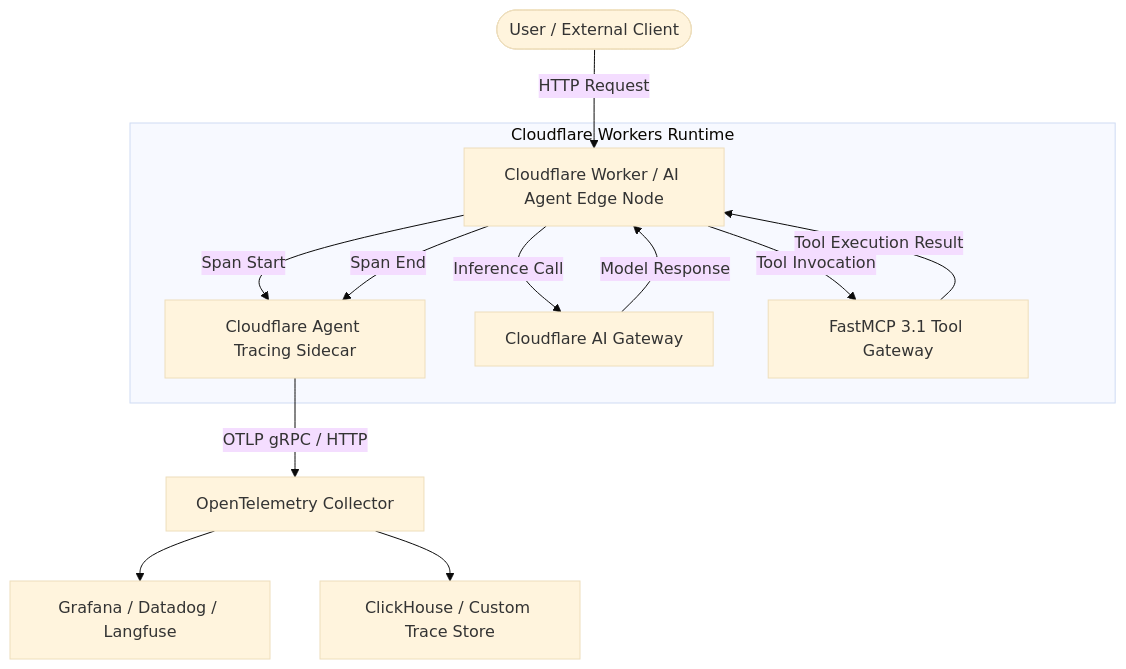
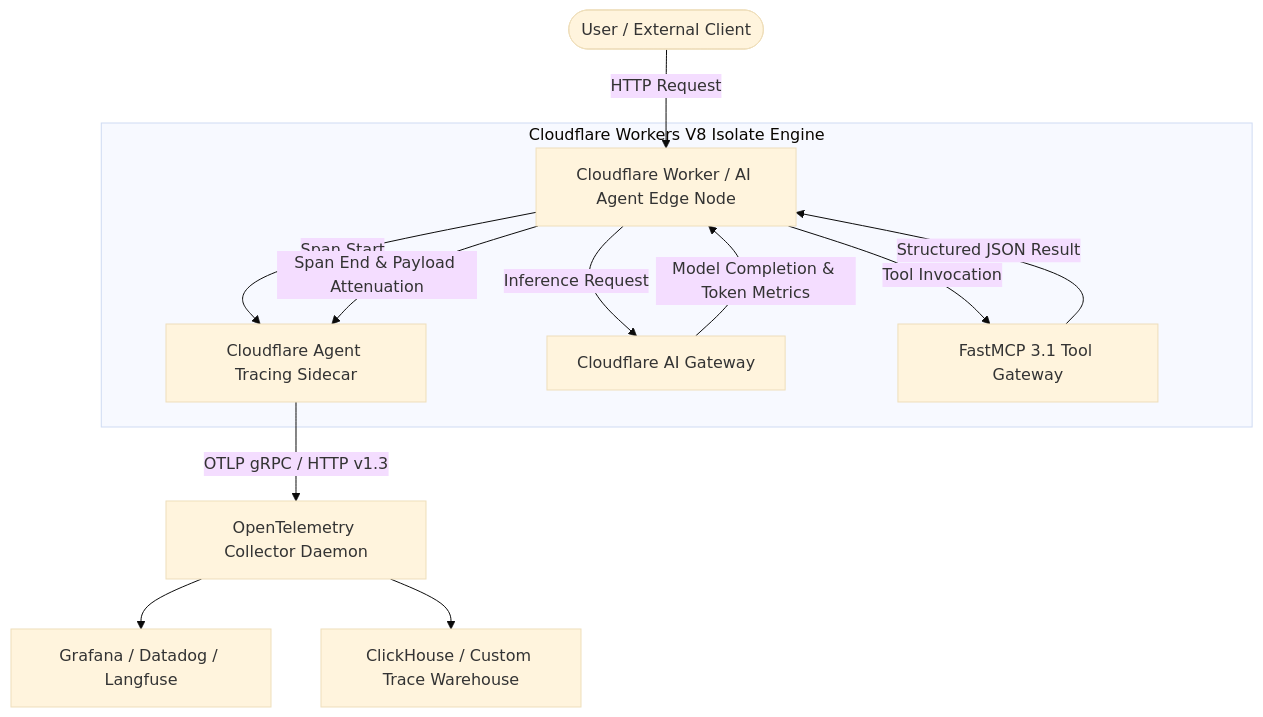
The first of 2 diagrams in docs/tools/process_understanding/cloudflare-agent-tracing.md (joanmarcriera/Home-office-automations), drawn with Mermaid (base theme) before and after one commit. The commit also changed other lines of this file and 5 other files, not shown here.

````diff
--- a/docs/tools/process_understanding/cloudflare-agent-tracing.md
+++ b/docs/tools/process_understanding/cloudflare-agent-tracing.md
@@ -8,19 +8,19 @@
 ```mermaid
 graph TD
     User([User / External Client]) -->|HTTP Request| EdgeWorker[Cloudflare Worker / AI Agent Edge Node]
 
-    subgraph Edge Runtime [Cloudflare Workers Runtime]
+    subgraph Edge Runtime [Cloudflare Workers V8 Isolate Engine]
         EdgeWorker -->|Span Start| Tracer[Cloudflare Agent Tracing Sidecar]
-        EdgeWorker -->|Inference Call| AIGateway[Cloudflare AI Gateway]
-        EdgeWorker -->|Tool Invocation| MCPTool[FastMCP 3.1 Tool Gateway]
+        EdgeWorker -->|Inference Request| AIGateway[Cloudflare AI Gateway]
+        EdgeWorker -->|Tool Invocation| FastMCPTool[FastMCP 3.1 Tool Gateway]
 
-        AIGateway -->|Model Response| EdgeWorker
-        MCPTool -->|Tool Execution Result| EdgeWorker
+        AIGateway -->|Model Completion & Token Metrics| EdgeWorker
+        FastMCPTool -->|Structured JSON Result| EdgeWorker
 
-        EdgeWorker -->|Span End| Tracer
+        EdgeWorker -->|Span End & Payload Attenuation| Tracer
     end
 
-    Tracer -->|OTLP gRPC / HTTP| OTLPCollector[OpenTelemetry Collector]
+    Tracer -->|OTLP gRPC / HTTP v1.3| OTLPCollector[OpenTelemetry Collector Daemon]
     OTLPCollector --> Grafana[Grafana / Datadog / Langfuse]
-    OTLPCollector --> ClickHouse[ClickHouse / Custom Trace Store]
+    OTLPCollector --> ClickHouse[ClickHouse / Custom Trace Warehouse]
 ```
````
